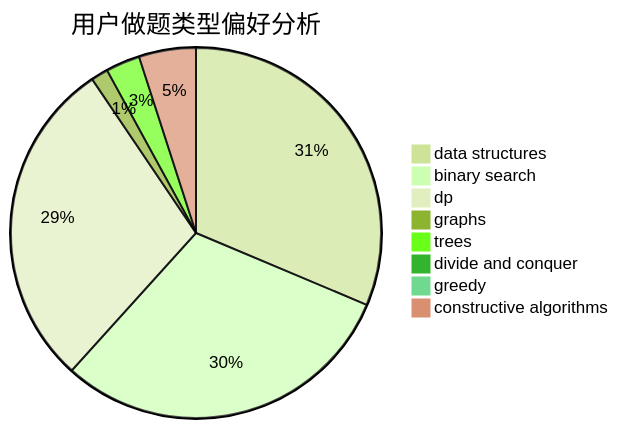
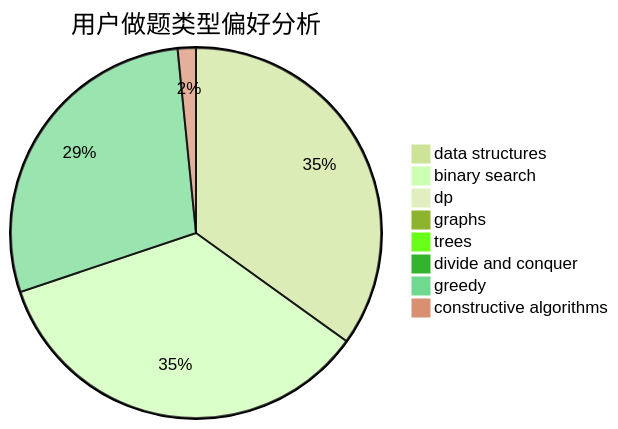
Before and after one commit to sherpahu/cfrs.github.io: the second of 3 diagrams in docs/user/u507.md, drawn with Mermaid (forest theme). The commit also changed other lines of this file and 2770 other files, not shown here.

````diff
--- a/docs/user/u507.md
+++ b/docs/user/u507.md
@@ -23,11 +23,11 @@
 ```mermaid
 pie title 用户做题类型偏好分析
-    "data structures" :  63
-    "binary search" :  61
-    "dp" :  58
-    "graphs" :  3
-    "trees" :  6
+    "data structures" :  66
+    "binary search" :  66
+    "dp" :  0
+    "graphs" :  0
+    "trees" :  0
     "divide and conquer" :  0
-    "greedy" :  0
-    "constructive algorithms" :  10
+    "greedy" :  54
+    "constructive algorithms" :  3
 ```
````
